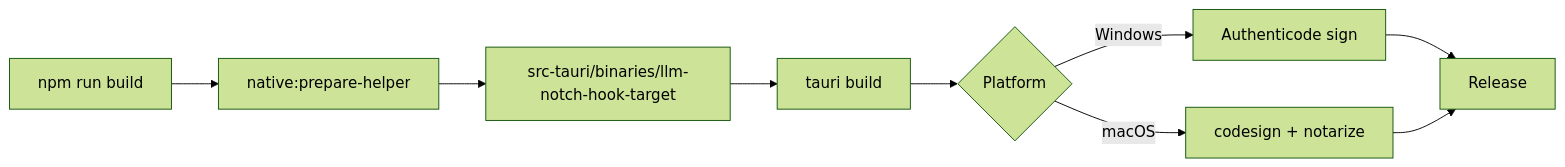
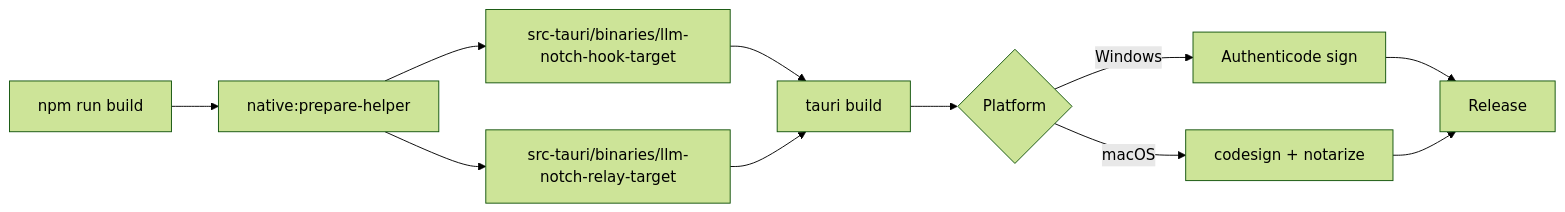
One commit to ramsaijanapana/llm_notch changed the diagram in docs/platform/release-gates.md. Above: the diagram before and after it, drawn with Mermaid (forest theme). The commit also changed other lines of this file and 224 other files, not shown here.

````diff
--- a/docs/platform/release-gates.md
+++ b/docs/platform/release-gates.md
@@ -7,11 +7,13 @@
 ```mermaid
 flowchart LR
   A[npm run build] --> B[native:prepare-helper]
   B --> C[src-tauri/binaries/llm-notch-hook-target]
+  B --> C2[src-tauri/binaries/llm-notch-relay-target]
   C --> D[tauri build]
+  C2 --> D
   D --> E{Platform}
   E -->|Windows| F[Authenticode sign]
   E -->|macOS| G[codesign + notarize]
   F --> H[Release]
   G --> H
 ```
````
